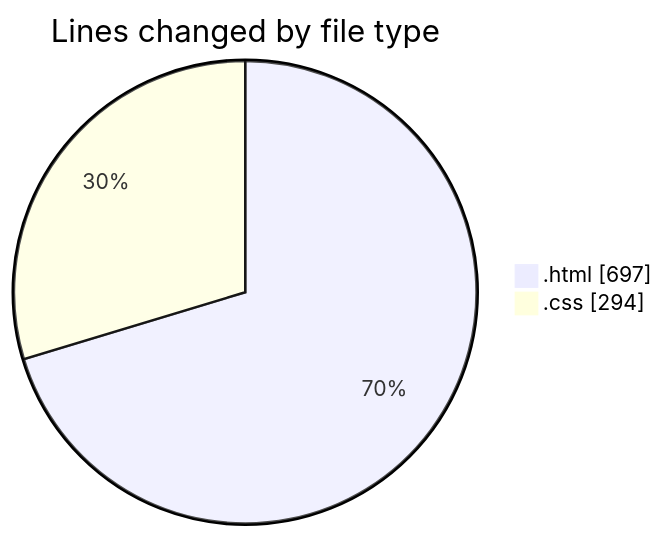
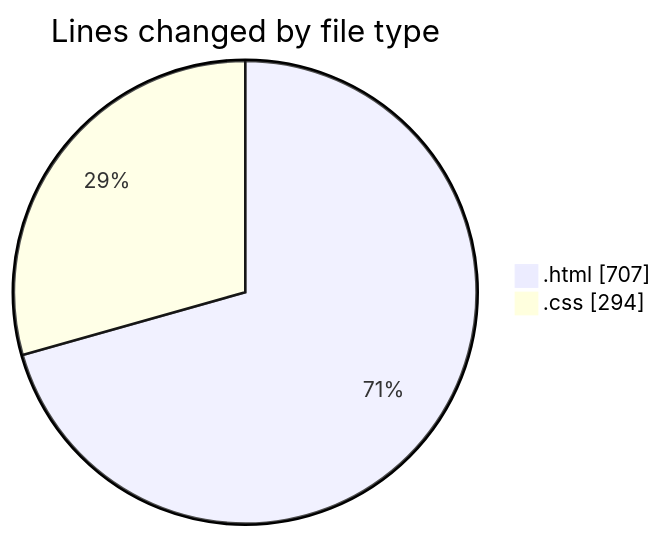
One commit to CELIANVF/code-tracking changed the first of 2 diagrams in 2025-04-15/portfolio/README.md. Above: the diagram before and after it, drawn with Mermaid. The commit also changed other lines of this file and 1 other file, not shown here.

````diff
--- a/2025-04-15/portfolio/README.md
+++ b/2025-04-15/portfolio/README.md
@@ -21,6 +21,6 @@
 ```mermaid
 pie showData
 title Lines changed by file type
-".html" : 697
+".html" : 707
 ".css" : 294
 ```
````
